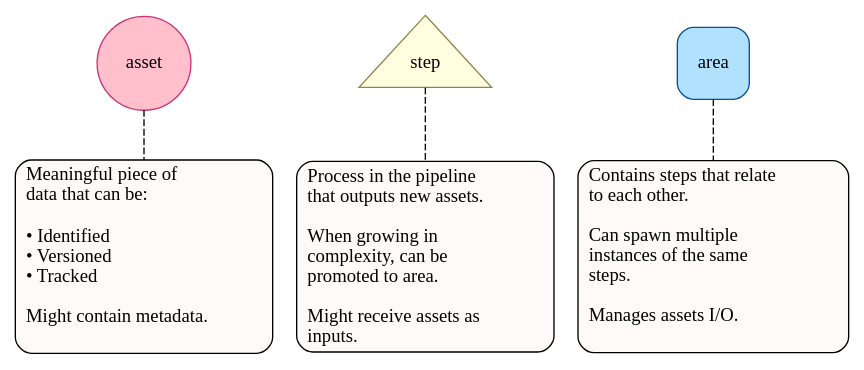
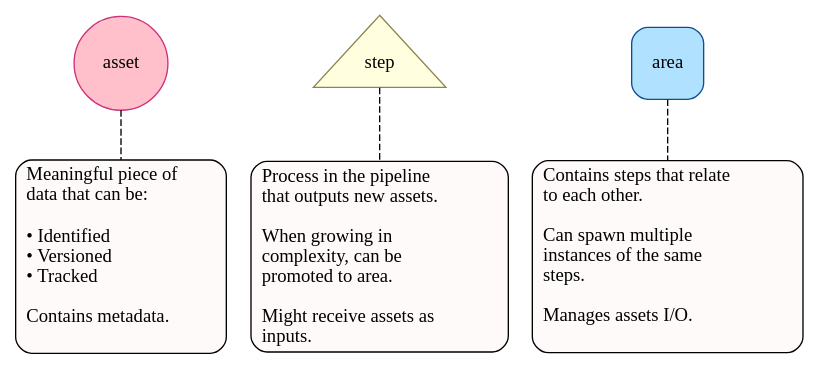
The diagram in docs/source/core_concepts.dot (thegrill/grill), drawn with Graphviz before and after one commit.

```diff
--- a/docs/source/core_concepts.dot
+++ b/docs/source/core_concepts.dot
@@ -1,22 +1,22 @@
 graph model {
     bgcolor=invis
     asset [shape=circle fillcolor=pink style=filled color=violetred3]
     asset_description [shape=record style="rounded,filled" fillcolor=snow label="Meaningful piece of\ldata that can be:\l\l
         • Identified\l
         • Versioned\l
         • Tracked\l
-        \lMight contain metadata.\l\l"]
+        \lContains metadata.\l\l"]
     asset -- asset_description [style=dashed]
 
     step [shape=triangle height=1 fillcolor=lightyellow style=filled color=khaki4]
     step_description [shape=record style="rounded,filled" fillcolor=snow label="Process in the pipeline\lthat outputs new assets.\l
         \lWhen growing in\lcomplexity, can be\lpromoted to area.\l
         \lMight receive assets as\linputs.\l"]
     step -- step_description [style=dashed]
 
     area [shape=box height=.75 fillcolor=lightskyblue1 color=dodgerblue4 style="filled,rounded"]
     area_description [shape=record style="rounded,filled" fillcolor=snow label="Contains steps that relate\lto each other.\l
         \lCan spawn multiple\linstances of the same\lsteps.\l
         \lManages assets I/O.\l\l"]
     area -- area_description [style=dashed]
 }
```
